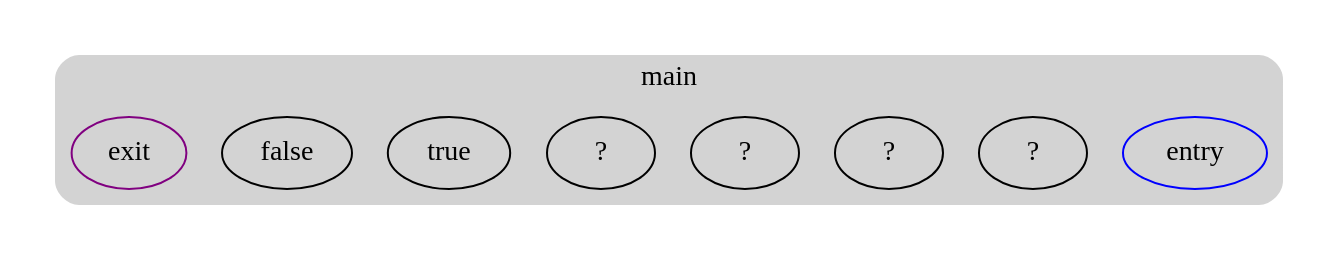
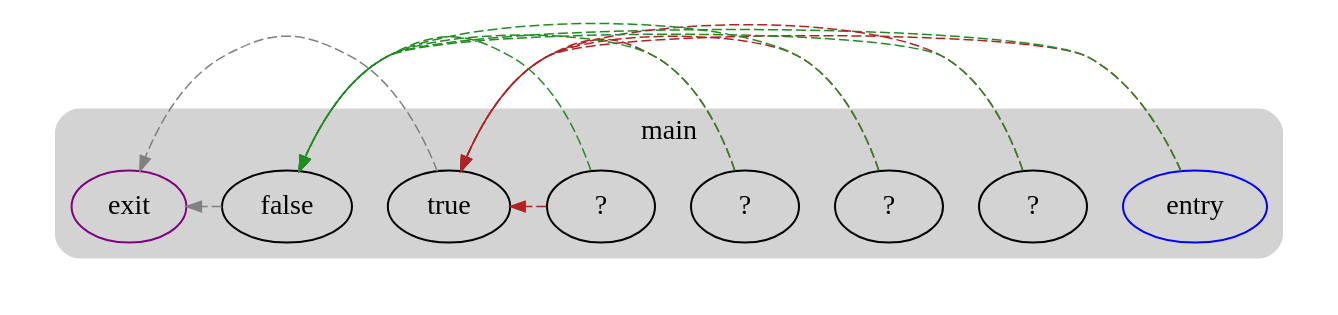
One commit to UnsignedByte/6120 changed the diagram in playground/unlabeled-bbs.domtree.dot. Above: the diagram before and after it, drawn with Graphviz. The commit also changed 90 other files, not shown here.

```diff
--- a/playground/unlabeled-bbs.domtree.dot
+++ b/playground/unlabeled-bbs.domtree.dot
@@ -1,20 +1,32 @@
-strict digraph G {
+digraph G {
   compound=true
   subgraph cluster_ {
     peripheries=0
     subgraph cluster_0 {
       label="main"
       color=darkgray
       style=rounded
       bgcolor=lightgray
       cluster_0_0[label="entry",shape=oval,color=blue,rank=source]
       cluster_0_1[label="?",shape=oval]
       cluster_0_2[label="?",shape=oval]
       cluster_0_3[label="?",shape=oval]
       cluster_0_4[label="?",shape=oval]
       cluster_0_5[label="true",shape=oval]
       cluster_0_6[label="false",shape=oval]
       cluster_0_exit[label=exit,color=purple,rank=sink]
+      cluster_0_0 -> cluster_0_6 [color=forestgreen,style=dashed,constraint=false,penwidth=0.75,arrowsize=0.75]
+      cluster_0_0 -> cluster_0_5 [color=firebrick,style=dashed,constraint=false,penwidth=0.75,arrowsize=0.75]
+      cluster_0_1 -> cluster_0_6 [color=forestgreen,style=dashed,constraint=false,penwidth=0.75,arrowsize=0.75]
+      cluster_0_1 -> cluster_0_5 [color=firebrick,style=dashed,constraint=false,penwidth=0.75,arrowsize=0.75]
+      cluster_0_2 -> cluster_0_6 [color=forestgreen,style=dashed,constraint=false,penwidth=0.75,arrowsize=0.75]
+      cluster_0_2 -> cluster_0_5 [color=firebrick,style=dashed,constraint=false,penwidth=0.75,arrowsize=0.75]
+      cluster_0_3 -> cluster_0_6 [color=forestgreen,style=dashed,constraint=false,penwidth=0.75,arrowsize=0.75]
+      cluster_0_3 -> cluster_0_5 [color=firebrick,style=dashed,constraint=false,penwidth=0.75,arrowsize=0.75]
+      cluster_0_4 -> cluster_0_6 [color=forestgreen,style=dashed,constraint=false,penwidth=0.75,arrowsize=0.75]
+      cluster_0_4 -> cluster_0_5 [color=firebrick,style=dashed,constraint=false,penwidth=0.75,arrowsize=0.75]
+      cluster_0_5 -> cluster_0_exit [color=gray,style=dashed,constraint=false,penwidth=0.75,arrowsize=0.75]
+      cluster_0_6 -> cluster_0_exit [color=gray,style=dashed,constraint=false,penwidth=0.75,arrowsize=0.75]
     }
   }
 }
```
